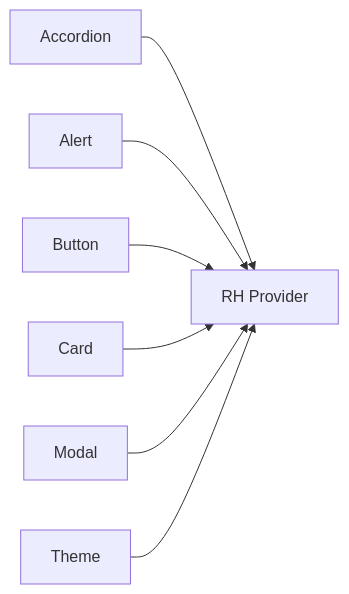
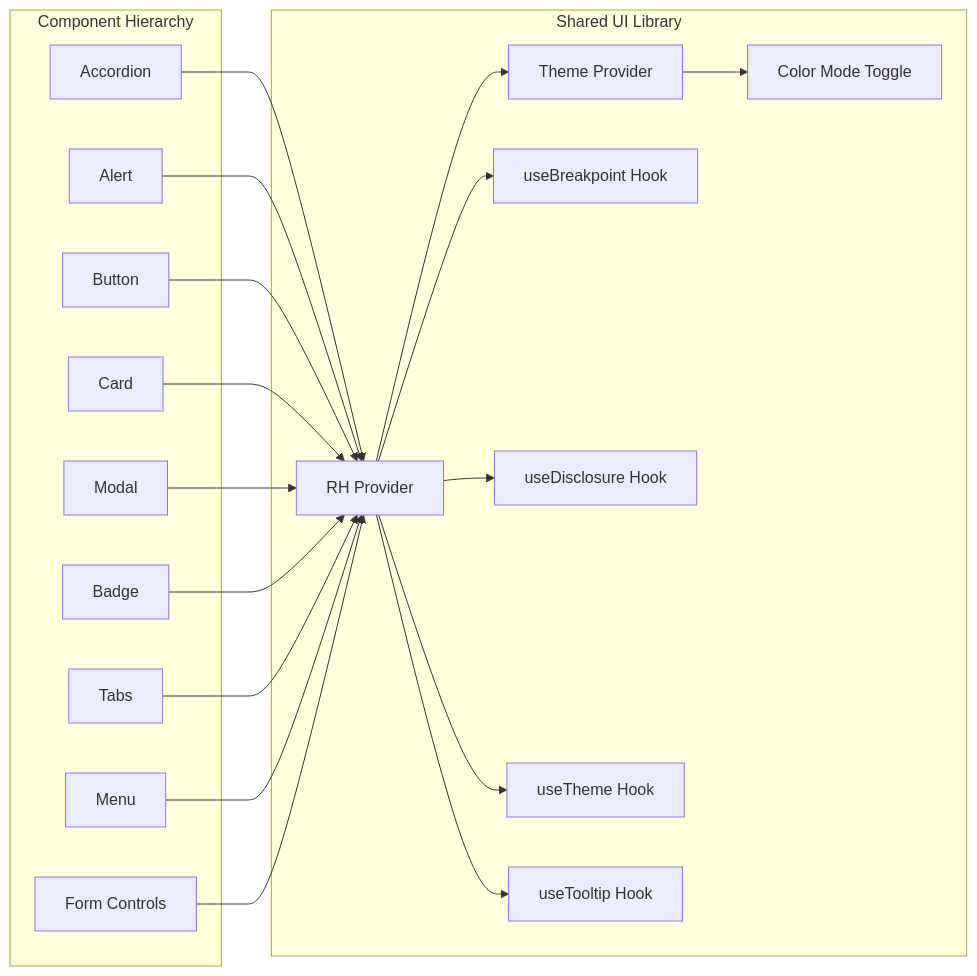
One commit to effinrich/rh-nx-monorepo changed the fifth of 7 diagrams in .qoder/repowiki/en/content/Architecture & Design.md. Above: the diagram before and after it, drawn with Mermaid. The commit also changed other lines of this file and 130 other files, not shown here.

````diff
--- a/.qoder/repowiki/en/content/Architecture & Design.md
+++ b/.qoder/repowiki/en/content/Architecture & Design.md
@@ -233,16 +279,38 @@
 ```mermaid
 graph LR
+subgraph "Shared UI Library"
+RHProvider["RH Provider"]
+ThemeProvider["Theme Provider"]
+ColorModeToggle["Color Mode Toggle"]
+BreakpointHook["useBreakpoint Hook"]
+DisclosureHook["useDisclosure Hook"]
+ThemeHook["useTheme Hook"]
+TooltipHook["useTooltip Hook"]
+end
+subgraph "Component Hierarchy"
 Accordion["Accordion"]
 Alert["Alert"]
 Button["Button"]
 Card["Card"]
 Modal["Modal"]
-Provider["RH Provider"]
-Theme["Theme"]
-Accordion --> Provider
-Alert --> Provider
-Button --> Provider
-Card --> Provider
-Modal --> Provider
-Theme --> Provider
+Badge["Badge"]
+Tabs["Tabs"]
+Menu["Menu"]
+FormControls["Form Controls"]
+end
+RHProvider --> ThemeProvider
+ThemeProvider --> ColorModeToggle
+RHProvider --> BreakpointHook
+RHProvider --> DisclosureHook
+RHProvider --> ThemeHook
+RHProvider --> TooltipHook
+Accordion --> RHProvider
+Alert --> RHProvider
+Button --> RHProvider
+Card --> RHProvider
+Modal --> RHProvider
+Badge --> RHProvider
+Tabs --> RHProvider
+Menu --> RHProvider
+FormControls --> RHProvider
 ```
````
